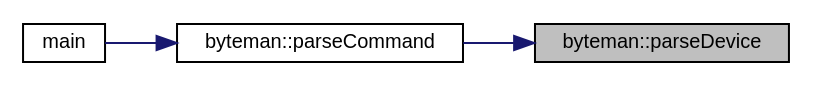
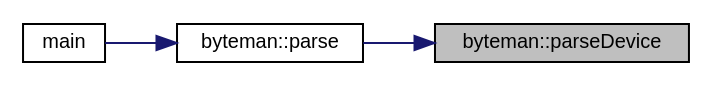
The diagram in classbyteman_ae08e2c9557d8266f20780e1c14cf9f45_icgraph.dot (FPGA-Research-Manchester/byteman), drawn with Graphviz before and after one commit. The commit also changed 1085 other files, not shown here.

```diff
--- a/classbyteman_ae08e2c9557d8266f20780e1c14cf9f45_icgraph.dot
+++ b/classbyteman_ae08e2c9557d8266f20780e1c14cf9f45_icgraph.dot
@@ -1,13 +1,13 @@
 digraph "byteman::parseDevice"
 {
  // INTERACTIVE_SVG=YES
  // LATEX_PDF_SIZE
   edge [fontname="Helvetica",fontsize="10",labelfontname="Helvetica",labelfontsize="10"];
   node [fontname="Helvetica",fontsize="10",shape=record];
   rankdir="RL";
   Node1 [label="byteman::parseDevice",height=0.2,width=0.4,color="black", fillcolor="grey75", style="filled", fontcolor="black",tooltip=" "];
   Node1 -> Node2 [dir="back",color="midnightblue",fontsize="10",style="solid",fontname="Helvetica"];
-  Node2 [label="byteman::parseCommand",height=0.2,width=0.4,color="black", fillcolor="white", style="filled",URL="$classbyteman.html#a97ad2d6b20a10ddb0dd8d373159eea4e",tooltip=" "];
+  Node2 [label="byteman::parse",height=0.2,width=0.4,color="black", fillcolor="white", style="filled",URL="$classbyteman.html#a0ce0e992678e3f8b51cc5e01cea14ddb",tooltip=" "];
   Node2 -> Node3 [dir="back",color="midnightblue",fontsize="10",style="solid",fontname="Helvetica"];
   Node3 [label="main",height=0.2,width=0.4,color="black", fillcolor="white", style="filled",URL="$byteman_8cpp.html#a0ddf1224851353fc92bfbff6f499fa97",tooltip=" "];
 }
```
